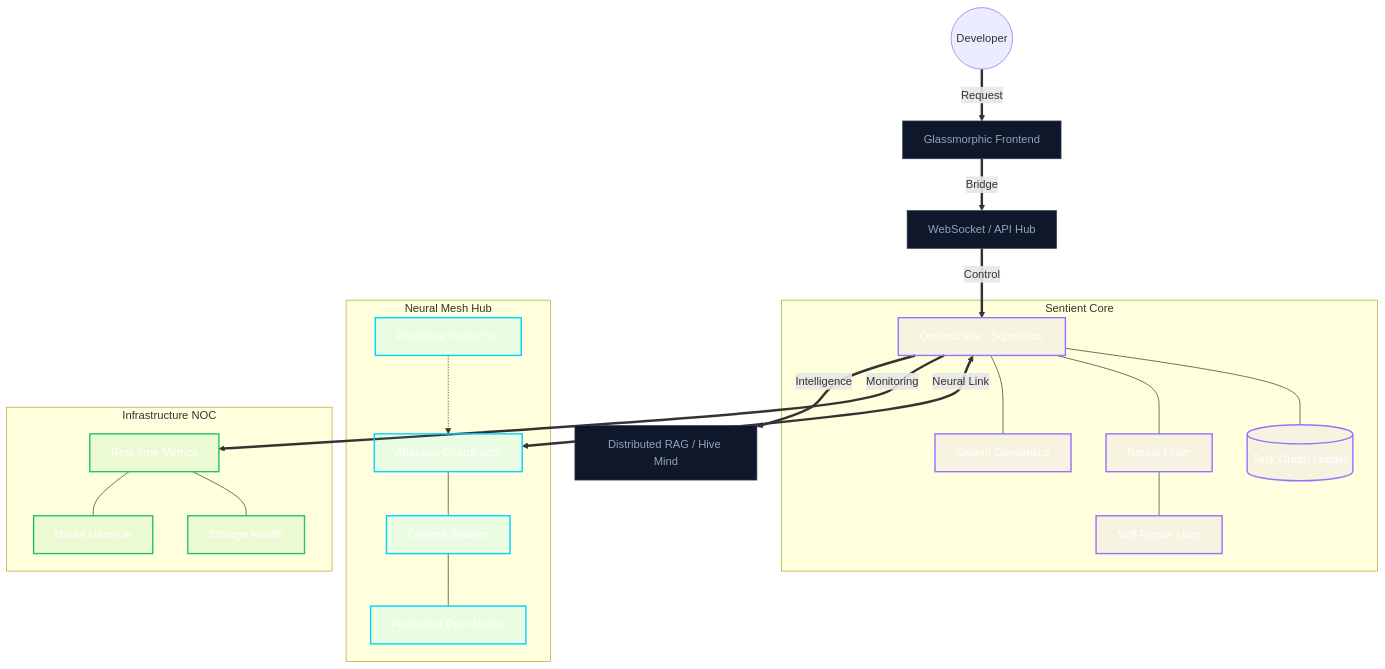
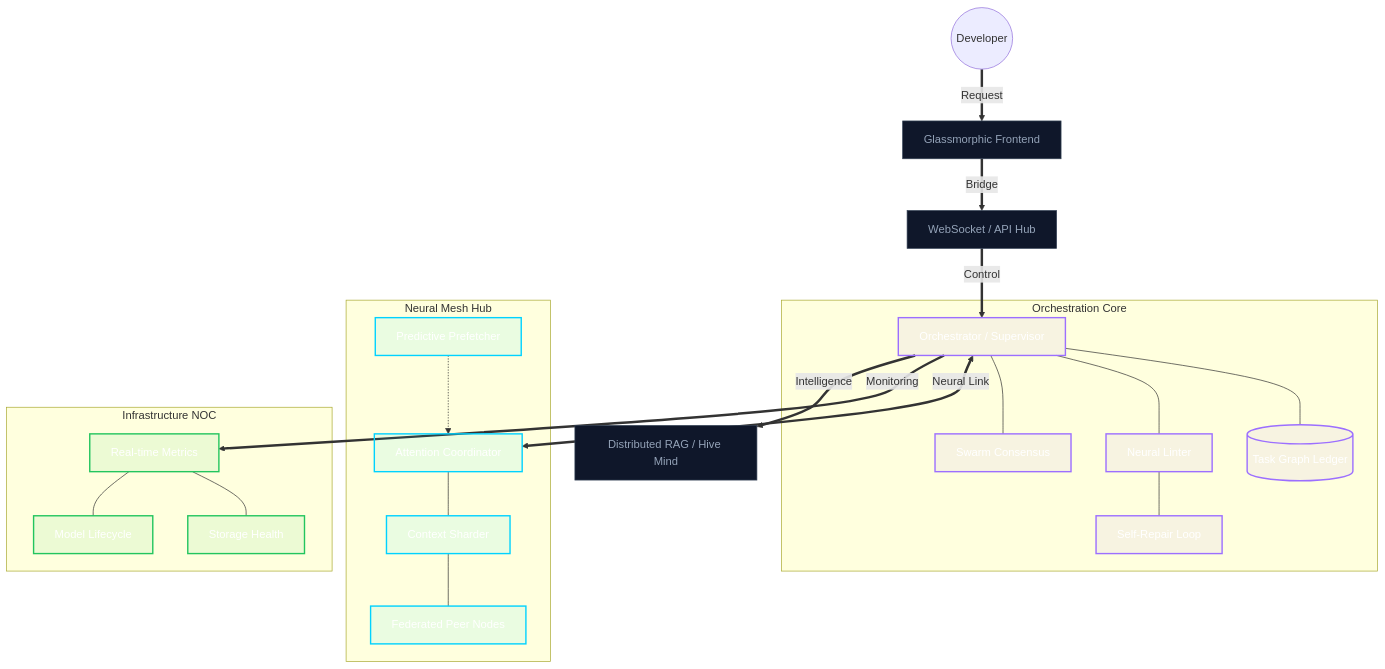
Before and after one commit to RaveAgainstTheMachine/neurex: the diagram in README.md, drawn with Mermaid. The commit also changed other lines of this file and 397 other files, not shown here.

````diff
--- a/README.md
+++ b/README.md
@@ -68,57 +68,57 @@
 ```mermaid
 flowchart TD
     %% Zones
-    subgraph "Sentient Core"
+    subgraph "Orchestration Core"
         ORCH[Orchestrator / Supervisor]
         TG[(Task Graph Ledger)]
         LINT[Neural Linter]
         CONS[Swarm Consensus]
         REPAIR[Self-Repair Loop]
     end
 
     subgraph "Neural Mesh Hub"
         POOL[Attention Coordinator]
         SHARD[Context Sharder]
         PEERS[Federated Peer Nodes]
         PREFETCH[Predictive Prefetcher]
     end
 
     subgraph "Infrastructure NOC"
         TELEMETRY[Real-time Metrics]
         HEALTH[Storage Health]
         MODELS[Model Lifecycle]
     end
 
     %% IO Layer
     User((Developer)) == Request ==> UI[Glassmorphic Frontend]
     UI == Bridge ==> WS[WebSocket / API Hub]
     WS == Control ==> ORCH
 
     %% Internal Connections
     ORCH --- TG
     ORCH --- LINT
     ORCH --- CONS
     LINT --- REPAIR
     
     ORCH <== Neural Link ==> POOL
     POOL --- SHARD
     SHARD --- PEERS
     PREFETCH -.-> POOL
 
     ORCH == Monitoring ==> TELEMETRY
     TELEMETRY --- HEALTH
     TELEMETRY --- MODELS
 
     ORCH == Intelligence ==> RAG[Distributed RAG / Hive Mind]
 
     %% Professional Styling
     classDef core fill:#9c6fff15,stroke:#9c6fff,stroke-width:2px,color:#fff
     classDef mesh fill:#00d2ff15,stroke:#00d2ff,stroke-width:2px,color:#fff
     classDef infra fill:#22c55e15,stroke:#22c55e,stroke-width:2px,color:#fff
     classDef io fill:#0f172a,stroke:#334155,stroke-width:1px,color:#94a3b8
 
     class ORCH,TG,LINT,CONS,REPAIR core
     class POOL,SHARD,PEERS,PREFETCH mesh
     class TELEMETRY,HEALTH,MODELS infra
     class UI,WS,RAG io
 ```
````
